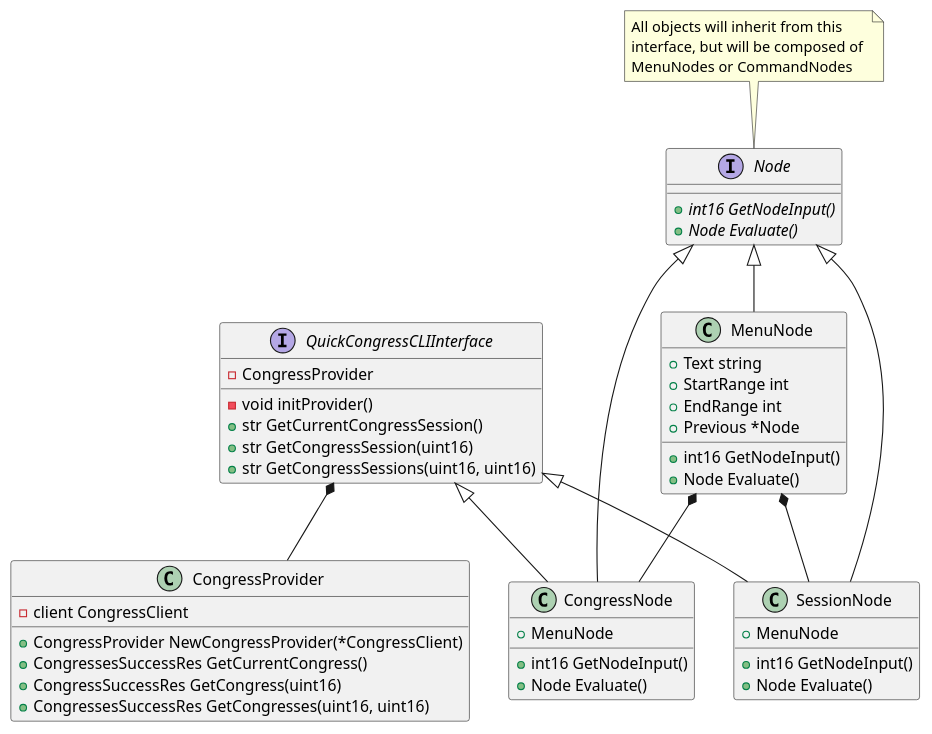
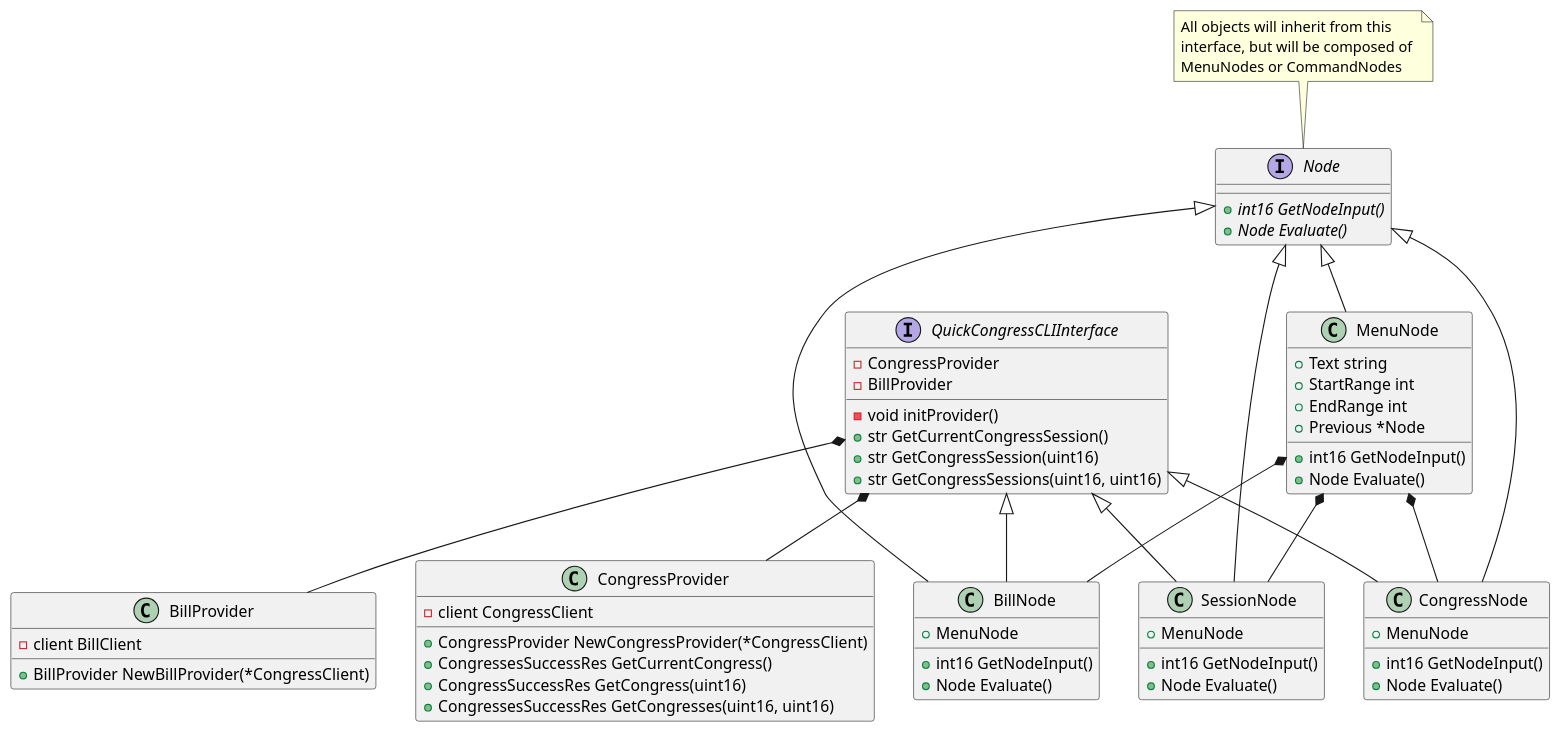
The diagram in pkg/quickcongress/node/node.puml (zfoteff/quick-congress), drawn with PlantUML before and after one commit. The commit also changed 4 other files, not shown here.

```diff
--- a/pkg/quickcongress/node/node.puml
+++ b/pkg/quickcongress/node/node.puml
@@ -1,52 +1,68 @@
 @startuml Node Inheritence Diagram
 interface Node {
         {abstract} +int16 GetNodeInput()
         {abstract} +Node Evaluate()
 }
 note top of Node : All objects will inherit from this \ninterface, but will be composed of \nMenuNodes or CommandNodes
 
 interface QuickCongressCLIInterface {
         -CongressProvider
+        -BillProvider
         -void initProvider()
         +str GetCurrentCongressSession()
         +str GetCongressSession(uint16)
         +str GetCongressSessions(uint16, uint16)
 }
 
 class CongressProvider {
         -client CongressClient
         +CongressProvider NewCongressProvider(*CongressClient)
         +CongressesSuccessRes GetCurrentCongress()
         +CongressSuccessRes GetCongress(uint16)
         +CongressesSuccessRes GetCongresses(uint16, uint16)
+}
+
+class BillProvider {
+        -client BillClient
+        +BillProvider NewBillProvider(*CongressClient)
 }
 
 class MenuNode {
         +Text string
         +StartRange int
         +EndRange int
         +Previous *Node
         +int16 GetNodeInput()
         +Node Evaluate()
 }
 class CongressNode {
         +MenuNode
         +int16 GetNodeInput()
         +Node Evaluate()
 }
 class SessionNode {
         +MenuNode
         +int16 GetNodeInput()
         +Node Evaluate()
 }
+class BillNode {
+        +MenuNode
+        +int16 GetNodeInput()
+        +Node Evaluate()
+}
 
 MenuNode *-- CongressNode
 MenuNode *-- SessionNode
+MenuNode *-- BillNode
 QuickCongressCLIInterface *-- CongressProvider
+QuickCongressCLIInterface *-- BillProvider
 
 QuickCongressCLIInterface <|-- CongressNode
 QuickCongressCLIInterface <|-- SessionNode
+QuickCongressCLIInterface <|-- BillNode
+
 Node <|-- MenuNode
 Node <|-- CongressNode
 Node <|-- SessionNode
+Node <|-- BillNode
 @enduml
```
